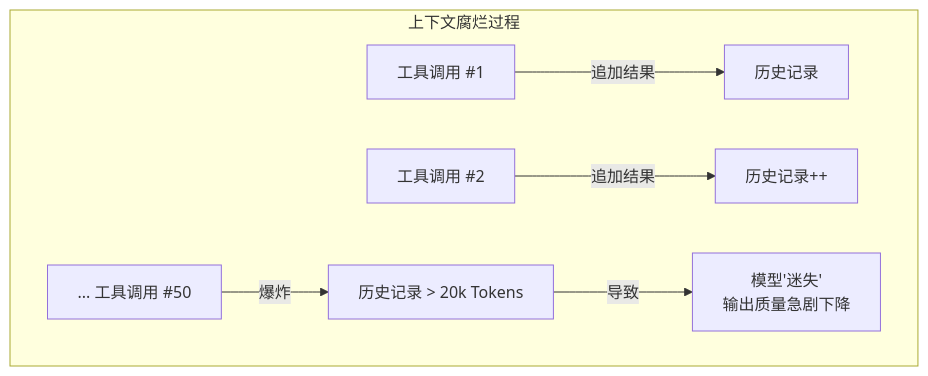
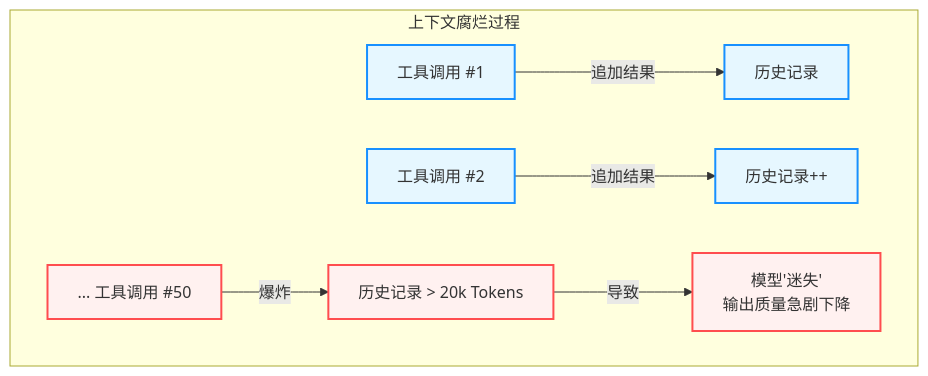
One commit to yeasy/agentic_ai_guide changed the second of 4 diagrams in 03_memory/3.6_context_engineering.md. Above: the diagram before and after it, drawn with Mermaid. The commit also changed other lines of this file and 36 other files, not shown here.

````diff
--- a/03_memory/3.6_context_engineering.md
+++ b/03_memory/3.6_context_engineering.md
@@ -350,9 +357,17 @@
 ```mermaid
 graph TD
+    %% Agentic Design System
+    classDef agent fill:#e6f7ff,stroke:#1890ff,stroke-width:2px;
+    classDef error fill:#fff1f0,stroke:#ff4d4f,stroke-width:2px;
+
     subgraph Process["上下文腐烂过程"]
         T1["工具调用 #1"] -->|追加结果| Hist1["历史记录"]
         T2["工具调用 #2"] -->|追加结果| Hist2["历史记录++"]
         T50["... 工具调用 #50"] -->|爆炸| Hist50["历史记录 > 20k Tokens"]
         Hist50 -->|导致| Lost["模型'迷失'<br/>输出质量急剧下降"]
     end
+    
+    class T1,T2 agent;
+    class T50,Hist50,Lost error;
+    class Hist1,Hist2 agent;
 ```
````
